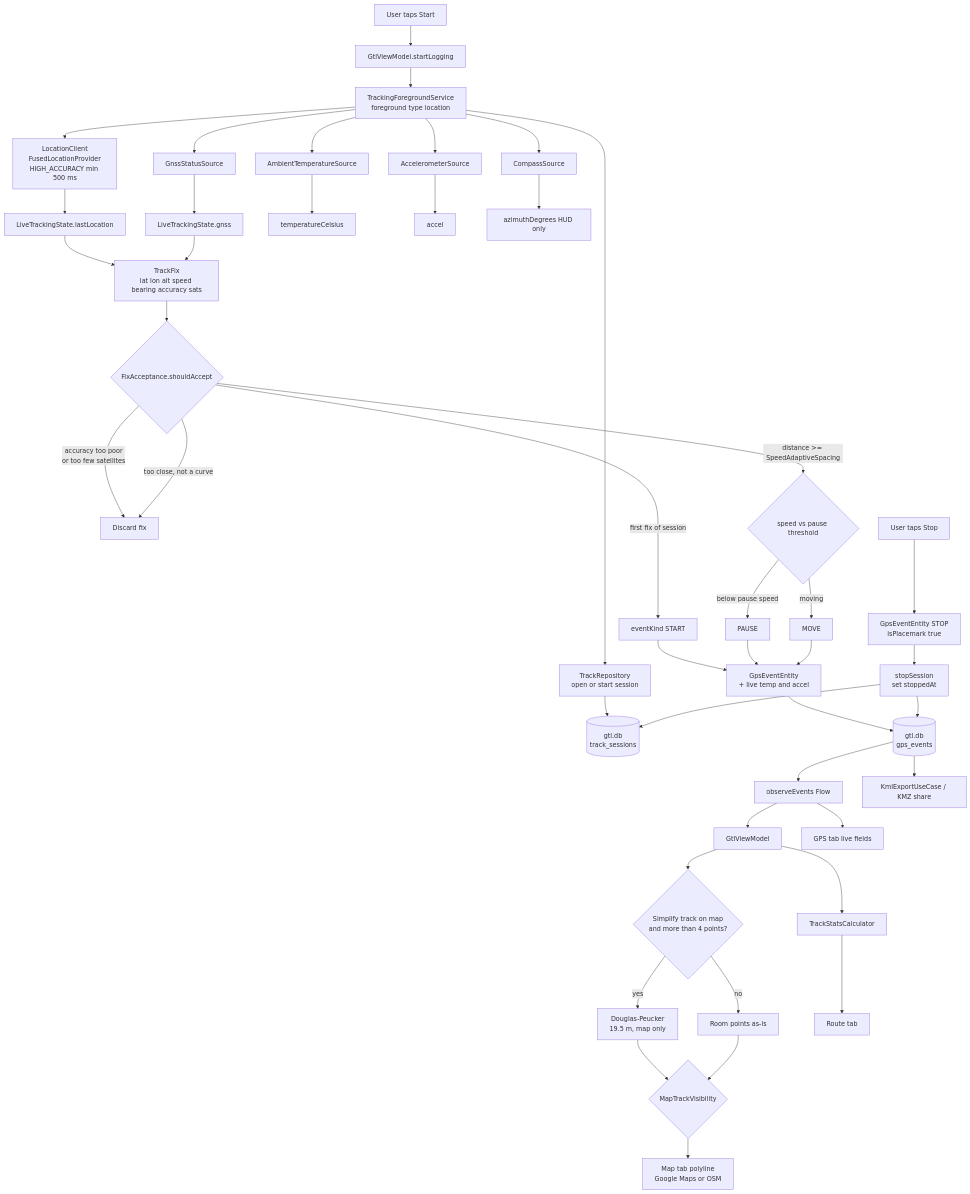
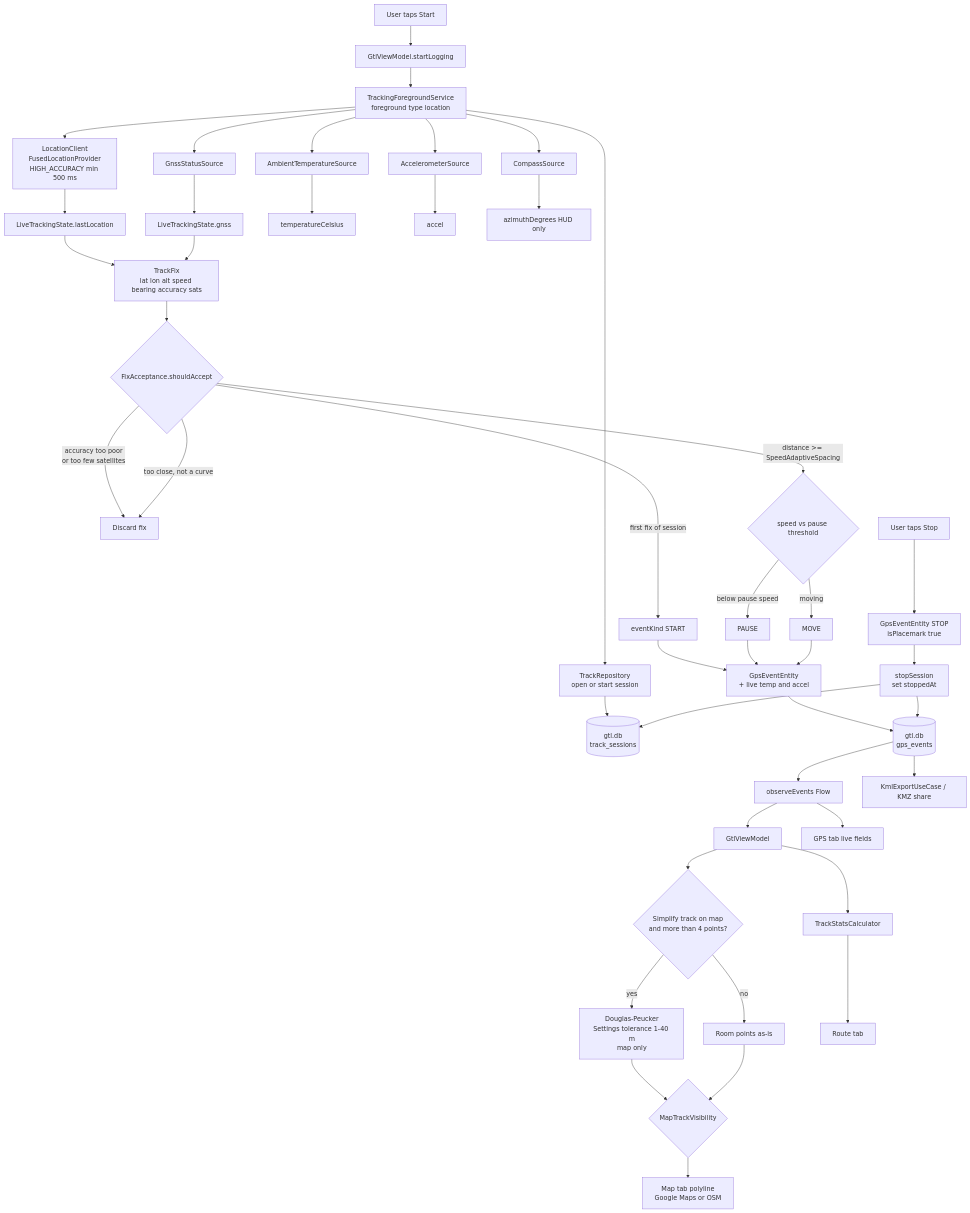
Before and after one commit to lkovari/gtl: the diagram in docs/GPSDATAFLOW-en.md, drawn with Mermaid. The commit also changed other lines of this file and 10 other files, not shown here.

````diff
--- a/docs/GPSDATAFLOW-en.md
+++ b/docs/GPSDATAFLOW-en.md
@@ -5,55 +5,55 @@
 ```mermaid
 flowchart TD
     User["User taps Start"] --> VM["GtlViewModel.startLogging"]
     VM --> FGS["TrackingForegroundService<br/>foreground type location"]
     FGS --> Sess["TrackRepository<br/>open or start session"]
     Sess --> DBSess[("gtl.db<br/>track_sessions")]
 
     FGS --> Loc["LocationClient<br/>FusedLocationProvider<br/>HIGH_ACCURACY min 500 ms"]
     FGS --> Gnss["GnssStatusSource"]
     FGS --> Temp["AmbientTemperatureSource"]
     FGS --> Acc["AccelerometerSource"]
     FGS --> Comp["CompassSource"]
 
     Loc --> LiveLoc["LiveTrackingState.lastLocation"]
     Gnss --> LiveGnss["LiveTrackingState.gnss"]
     Temp --> LiveTemp["temperatureCelsius"]
     Acc --> LiveAcc["accel"]
     Comp --> LiveAz["azimuthDegrees HUD only"]
 
     LiveLoc --> Fix["TrackFix<br/>lat lon alt speed bearing accuracy sats"]
     LiveGnss --> Fix
     Fix --> Gate{"FixAcceptance.shouldAccept"}
 
     Gate -->|"accuracy too poor<br/>or too few satellites"| Drop["Discard fix"]
     Gate -->|"first fix of session"| KindStart["eventKind START"]
     Gate -->|"distance >= SpeedAdaptiveSpacing"| KindMove{"speed vs pause threshold"}
     Gate -->|"too close, not a curve"| Drop
 
     KindMove -->|"below pause speed"| KindPause["PAUSE"]
     KindMove -->|"moving"| KindGo["MOVE"]
 
     KindStart --> Row["GpsEventEntity<br/>+ live temp and accel"]
     KindPause --> Row
     KindGo --> Row
 
     UserStop["User taps Stop"] --> StopRow["GpsEventEntity STOP<br/>isPlacemark true"]
     StopRow --> Close["stopSession<br/>set stoppedAt"]
 
     Row --> DBevt[("gtl.db<br/>gps_events")]
     Close --> DBevt
     Close --> DBSess
 
     DBevt --> Observe["observeEvents Flow"]
     Observe --> VM2["GtlViewModel"]
     VM2 --> Stats["TrackStatsCalculator"]
     VM2 --> Display{"Simplify track on map<br/>and more than 4 points?"}
-    Display -->|"yes"| Simpl["Douglas-Peucker<br/>19.5 m, map only"]
+    Display -->|"yes"| Simpl["Douglas-Peucker<br/>Settings tolerance 1-40 m<br/>map only"]
     Display -->|"no"| RawPts["Room points as-is"]
     Simpl --> Vis{"MapTrackVisibility"}
     RawPts --> Vis
     Vis --> Map["Map tab polyline<br/>Google Maps or OSM"]
     Stats --> Route["Route tab"]
     Observe --> GPSUI["GPS tab live fields"]
     DBevt --> KMZ["KmlExportUseCase / KMZ share"]
 ```
````
